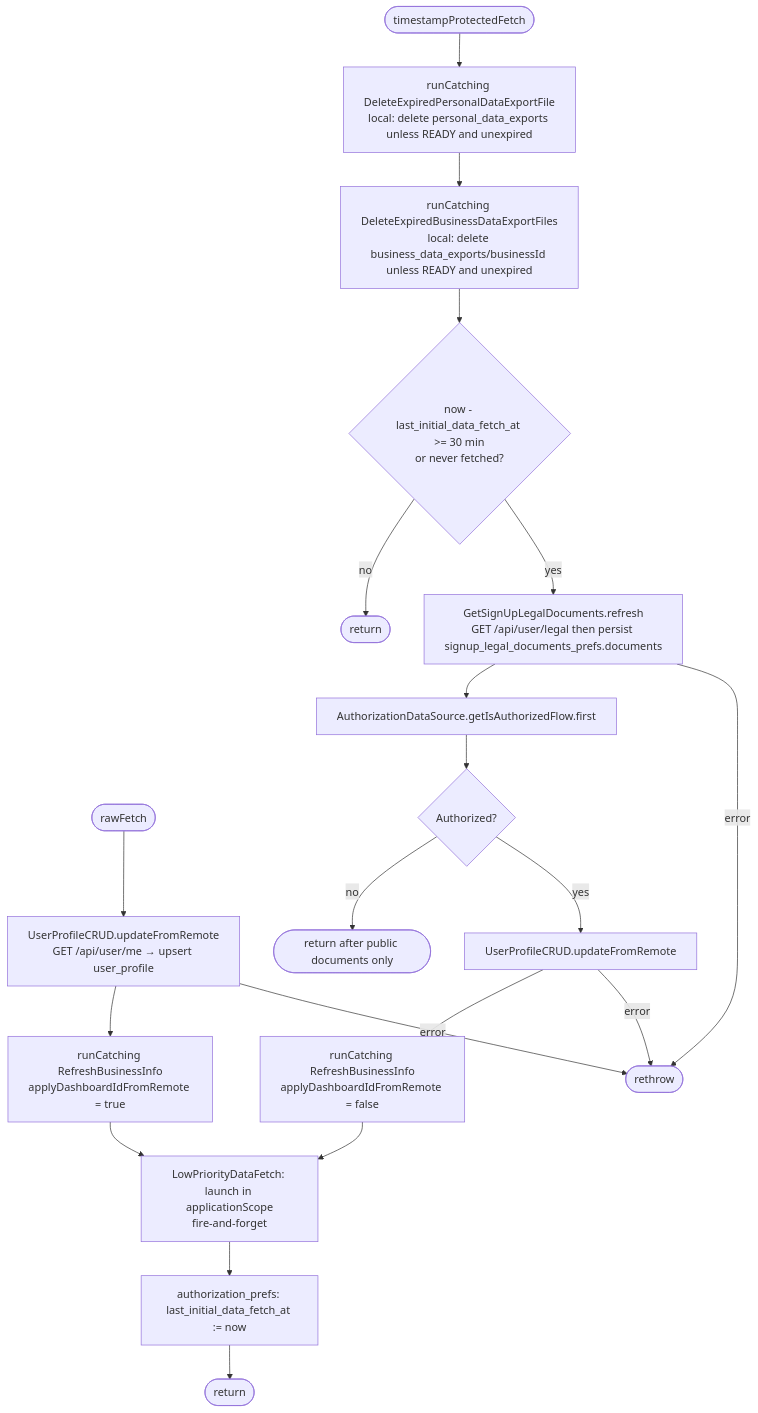
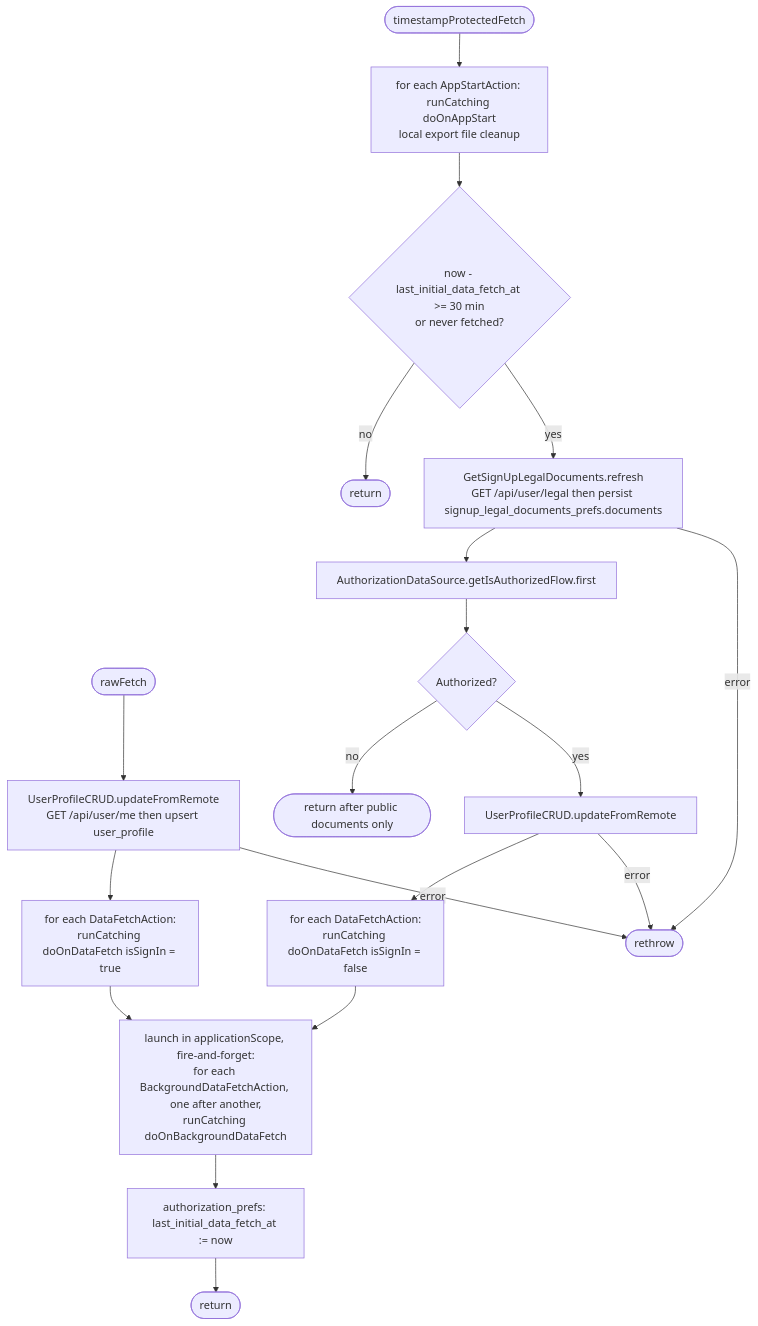
Before and after one commit to nocturneproperties/bookkme-client: the first of 2 diagrams in docs/operations/authorization/initial-app-data-fetch.md, drawn with Mermaid. The commit also changed other lines of this file and 53 other files, not shown here.

Commit message:
[ISSUE-177] fix data fetch tight coupling

````diff
--- a/docs/operations/authorization/initial-app-data-fetch.md
+++ b/docs/operations/authorization/initial-app-data-fetch.md
@@ -22,22 +30,21 @@
 ```mermaid
 flowchart TD
     A([rawFetch]) --> P
-    B([timestampProtectedFetch]) --> Cleanup[runCatching DeleteExpiredPersonalDataExportFile<br/>local: delete personal_data_exports unless READY and unexpired]
-    Cleanup --> BizCleanup[runCatching DeleteExpiredBusinessDataExportFiles<br/>local: delete business_data_exports/businessId unless READY and unexpired]
-    BizCleanup --> Due{now - last_initial_data_fetch_at >= 30 min<br/>or never fetched?}
+    B([timestampProtectedFetch]) --> Start[for each AppStartAction: runCatching doOnAppStart<br/>local export file cleanup]
+    Start --> Due{now - last_initial_data_fetch_at >= 30 min<br/>or never fetched?}
     Due -- no --> Skip([return])
     Due -- yes --> Legal[GetSignUpLegalDocuments.refresh<br/>GET /api/user/legal then persist signup_legal_documents_prefs.documents]
     Legal --> Auth[AuthorizationDataSource.getIsAuthorizedFlow.first]
     Auth --> Authorized{Authorized?}
     Authorized -- no --> PublicOnly([return after public documents only])
     Authorized -- yes --> P2
     Legal -- error --> EX
-    P[UserProfileCRUD.updateFromRemote<br/>GET /api/user/me → upsert user_profile] --> BizA[runCatching RefreshBusinessInfo<br/>applyDashboardIdFromRemote = true]
-    P2[UserProfileCRUD.updateFromRemote] --> BizB[runCatching RefreshBusinessInfo<br/>applyDashboardIdFromRemote = false]
-    BizA --> Low
-    BizB --> Low
-    Low[LowPriorityDataFetch: launch in applicationScope<br/>fire-and-forget] --> Mark[authorization_prefs: last_initial_data_fetch_at := now]
+    P[UserProfileCRUD.updateFromRemote<br/>GET /api/user/me then upsert user_profile] --> DataA[for each DataFetchAction:<br/>runCatching doOnDataFetch isSignIn = true]
+    P2[UserProfileCRUD.updateFromRemote] --> DataB[for each DataFetchAction:<br/>runCatching doOnDataFetch isSignIn = false]
+    DataA --> Background
+    DataB --> Background
+    Background[launch in applicationScope, fire-and-forget:<br/>for each BackgroundDataFetchAction, one after another,<br/>runCatching doOnBackgroundDataFetch] --> Mark[authorization_prefs: last_initial_data_fetch_at := now]
     Mark --> R([return])
     P -- error --> EX([rethrow])
     P2 -- error --> EX
 ```
````
